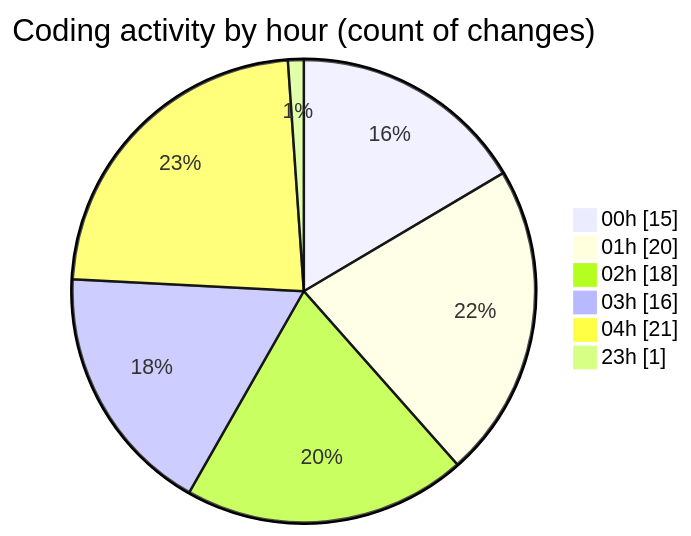
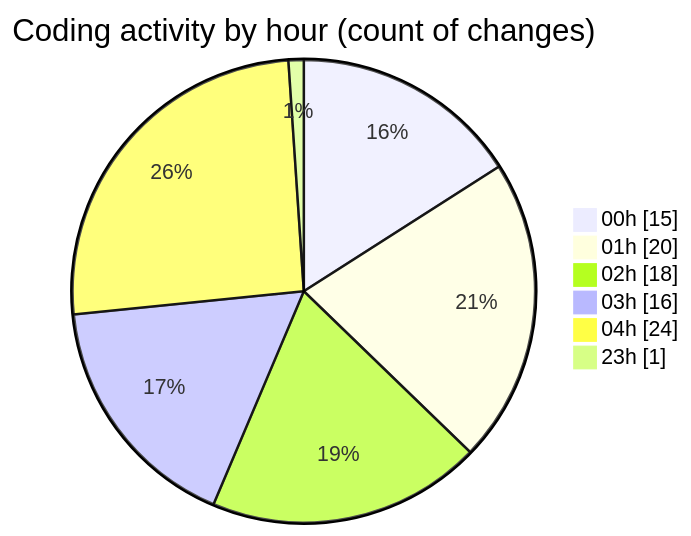
The second of 2 diagrams in 2025-08-04/studybuddy/README.md (lephambinh05/code-tracking), drawn with Mermaid before and after one commit. The commit also changed other lines of this file and 1 other file, not shown here.

````diff
--- a/2025-08-04/studybuddy/README.md
+++ b/2025-08-04/studybuddy/README.md
@@ -55,10 +55,10 @@
 ```mermaid
 pie showData
 title Coding activity by hour (count of changes)
 "00h" : 15
 "01h" : 20
 "02h" : 18
 "03h" : 16
-"04h" : 21
+"04h" : 24
 "23h" : 1
 ```
````
